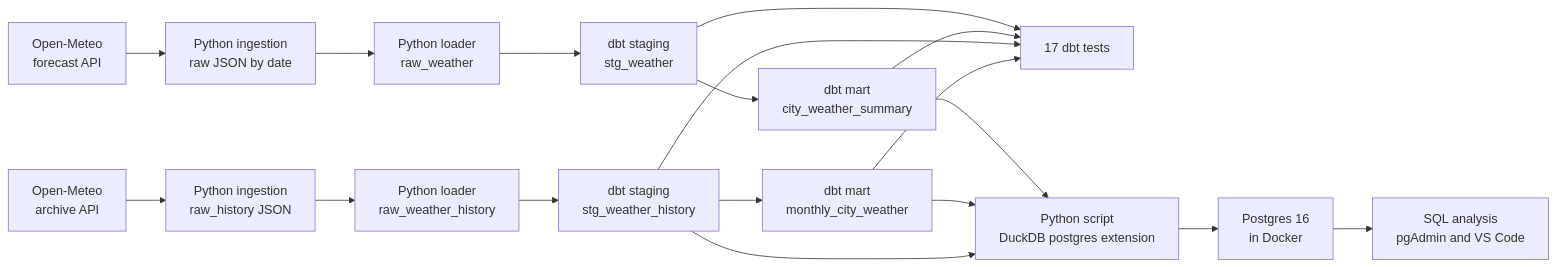
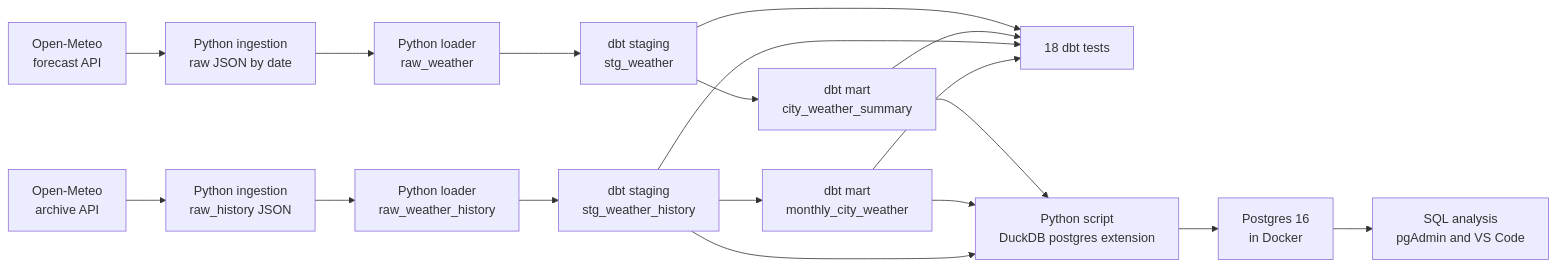
One commit to Badmosa/Weather-Pipeline changed the diagram in README.md. Above: the diagram before and after it, drawn with Mermaid. The commit also changed other lines of this file and 12 other files, not shown here.

````diff
--- a/README.md
+++ b/README.md
@@ -18,23 +18,23 @@
 ```mermaid
 flowchart LR
     A[Open-Meteo<br/>forecast API] --> B[Python ingestion<br/>raw JSON by date]
     B --> C[Python loader<br/>raw_weather]
     C --> D[dbt staging<br/>stg_weather]
     D --> E[dbt mart<br/>city_weather_summary]
 
     H[Open-Meteo<br/>archive API] --> I[Python ingestion<br/>raw_history JSON]
     I --> J[Python loader<br/>raw_weather_history]
     J --> K[dbt staging<br/>stg_weather_history]
     K --> L[dbt mart<br/>monthly_city_weather]
 
-    D --> T[17 dbt tests]
+    D --> T[18 dbt tests]
     E --> T
     K --> T
     L --> T
 
     E --> P[Python script<br/>DuckDB postgres extension]
     L --> P
     K --> P
     P --> Q[Postgres 16<br/>in Docker]
     Q --> R[SQL analysis<br/>pgAdmin and VS Code]
 ```
````
